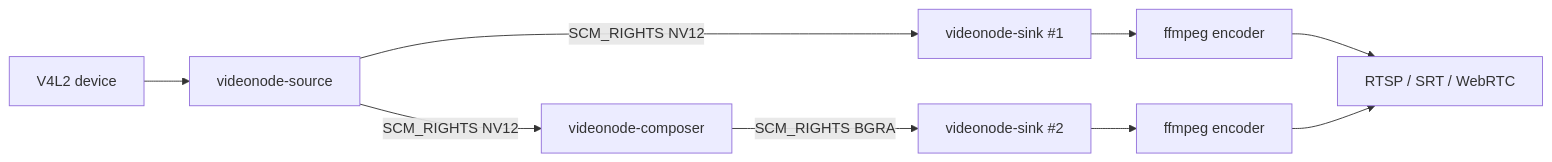
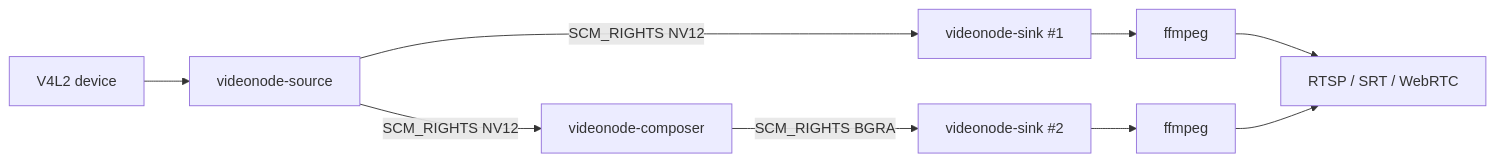
One commit to smazurov/videonode changed the diagram in website/docs/getting-started/introduction.md. Above: the diagram before and after it, drawn with Mermaid. The commit also changed other lines of this file and 32 other files, not shown here.

````diff
--- a/website/docs/getting-started/introduction.md
+++ b/website/docs/getting-started/introduction.md
@@ -12,9 +7,9 @@
 ```mermaid
 flowchart LR
     V4L2[V4L2 device] --> src[videonode-source]
     src -- "SCM_RIGHTS NV12" --> comp[videonode-composer]
     src -- "SCM_RIGHTS NV12" --> sink1[videonode-sink #1]
     comp -- "SCM_RIGHTS BGRA" --> sink2[videonode-sink #2]
-    sink1 --> ff1[ffmpeg encoder] --> rtsp[RTSP / SRT / WebRTC]
-    sink2 --> ff2[ffmpeg encoder] --> rtsp
+    sink1 --> ff1[ffmpeg] --> out[RTSP / SRT / WebRTC]
+    sink2 --> ff2[ffmpeg] --> out
 ```
````
